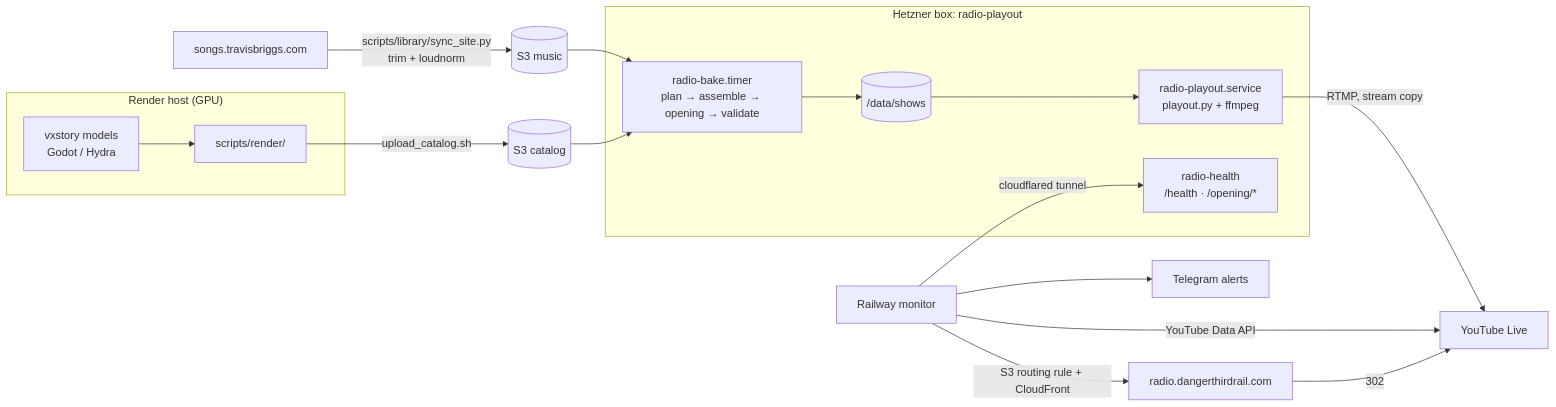
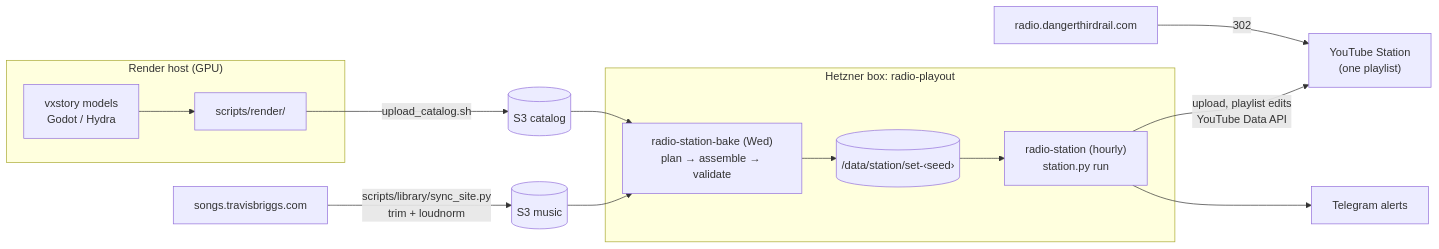
Before and after one commit to audiodude/radio.dangerthirdrail.com: the diagram in README.md, drawn with Mermaid. The commit also changed other lines of this file and 3 other files, not shown here.

````diff
--- a/README.md
+++ b/README.md
@@ -78,21 +34,17 @@
 ```mermaid
 flowchart LR
   subgraph gpu["Render host (GPU)"]
     vx["vxstory models<br/>Godot / Hydra"] --> rc["scripts/render/"]
   end
   site["songs.travisbriggs.com"] -->|"scripts/library/sync_site.py<br/>trim + loudnorm"| s3m[("S3 music")]
   rc -->|"upload_catalog.sh"| s3c[("S3 catalog")]
   subgraph box["Hetzner box: radio-playout"]
-    bake["radio-bake.timer<br/>plan → assemble → opening → validate"] --> shows[("/data/shows")]
-    shows --> play["radio-playout.service<br/>playout.py + ffmpeg"]
-    health["radio-health<br/>/health · /opening/*"]
+    bake["radio-station-bake (Wed)<br/>plan → assemble → validate"] --> sets[("/data/station/set-‹seed›")]
+    sets --> job["radio-station (hourly)<br/>station.py run"]
   end
   s3m --> bake
   s3c --> bake
-  play -->|"RTMP, stream copy"| yt["YouTube Live"]
-  mon["Railway monitor"] -->|"YouTube Data API"| yt
-  mon -->|"cloudflared tunnel"| health
-  mon -->|"S3 routing rule + CloudFront"| redir["radio.dangerthirdrail.com"]
-  mon --> tg["Telegram alerts"]
-  redir -->|"302"| yt
+  job -->|"upload, playlist edits<br/>YouTube Data API"| yt["YouTube Station<br/>(one playlist)"]
+  job --> tg["Telegram alerts"]
+  redir["radio.dangerthirdrail.com"] -->|"302"| yt
 ```
````
